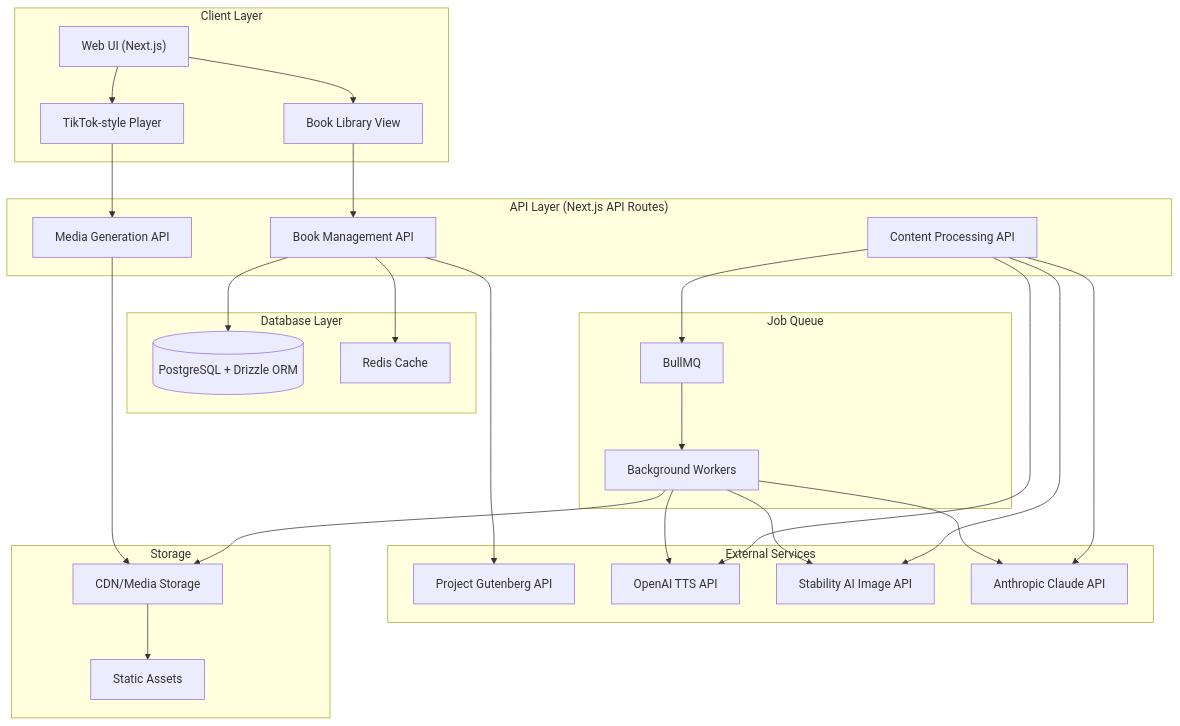
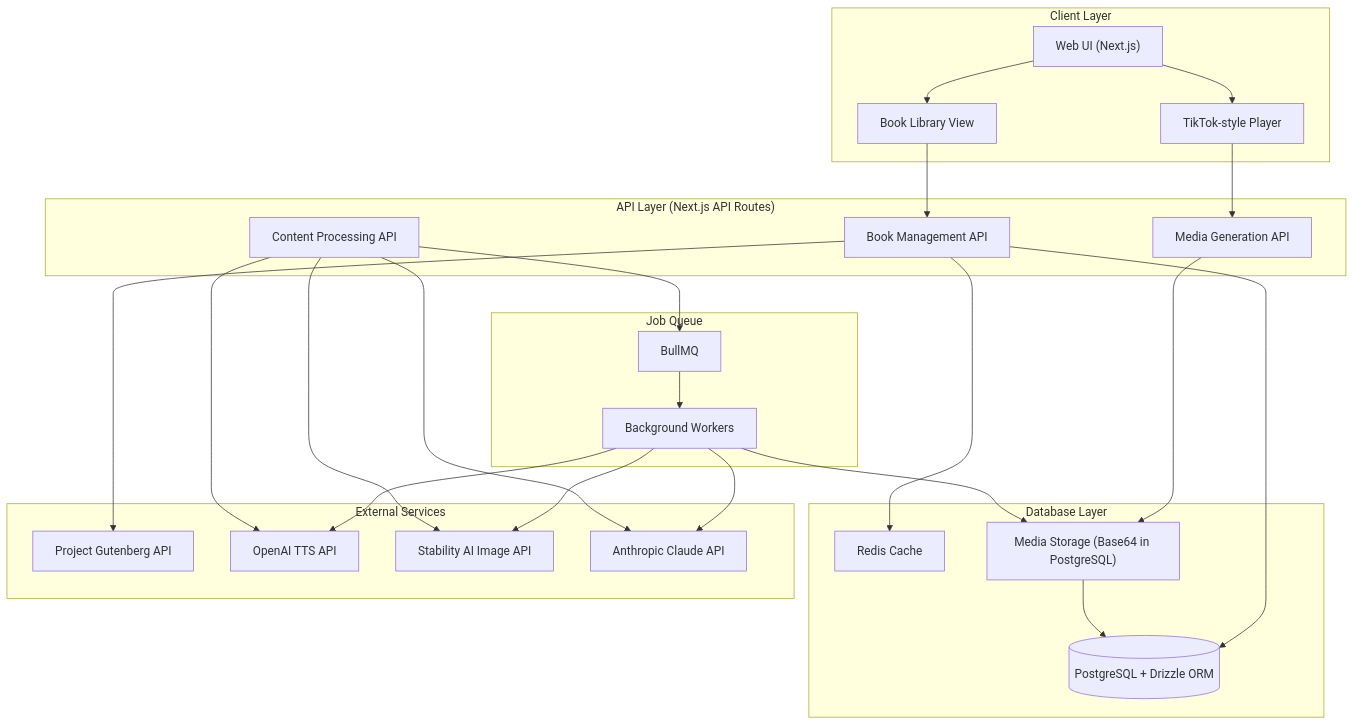
One commit to a1j9o94/visual_audio_book_v2 changed the first of 2 diagrams in project_architecture.md. Above: the diagram before and after it, drawn with Mermaid. The commit also changed other lines of this file and 1 other file, not shown here.

Commit message:
documentation

````diff
--- a/project_architecture.md
+++ b/project_architecture.md
@@ -1,64 +1,60 @@
 ```mermaid
 graph TB
     subgraph Client["Client Layer"]
         UI["Web UI (Next.js)"]
         BookList["Book Library View"]
         Player["TikTok-style Player"]
     end
 
     subgraph API["API Layer (Next.js API Routes)"]
         BookAPI["Book Management API"]
         ProcessingAPI["Content Processing API"]
         MediaAPI["Media Generation API"]
     end
 
     subgraph DB["Database Layer"]
         Postgres[(PostgreSQL + Drizzle ORM)]
         Cache["Redis Cache"]
+        MediaStorage["Media Storage (Base64 in PostgreSQL)"]
     end
 
     subgraph Queue["Job Queue"]
         Bull["BullMQ"]
         Workers["Background Workers"]
     end
 
     subgraph External["External Services"]
         Gutenberg["Project Gutenberg API"]
         OpenAI["OpenAI TTS API"]
         StabilityAI["Stability AI Image API"]
         Claude["Anthropic Claude API"]
     end
 
-    subgraph Storage["Storage"]
-        Assets["Static Assets"]
-        CDN["CDN/Media Storage"]
-    end
-
     %% Client Layer Connections
     UI --> BookList
     UI --> Player
     BookList --> BookAPI
     Player --> MediaAPI
 
     %% API Layer Connections
     BookAPI --> Postgres
     BookAPI --> Cache
     ProcessingAPI --> Bull
-    MediaAPI --> CDN
+    MediaAPI --> MediaStorage
+
+    %% Database Connections
+    MediaStorage --> Postgres
 
     %% Queue Connections
     Bull --> Workers
     Workers --> OpenAI
     Workers --> StabilityAI
     Workers --> Claude
-    Workers --> CDN
+    Workers --> MediaStorage
 
     %% External Service Connections
     BookAPI --> Gutenberg
     ProcessingAPI --> OpenAI
     ProcessingAPI --> StabilityAI
     ProcessingAPI --> Claude
-
-    %% Storage Connections
-    CDN --> Assets
 ```
````
